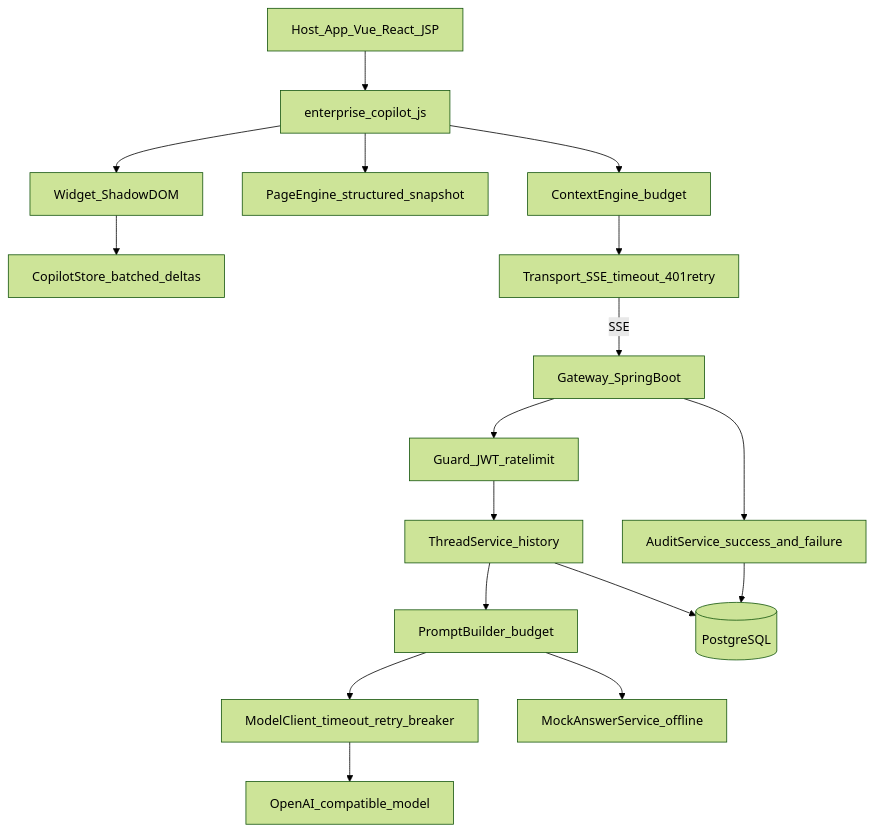
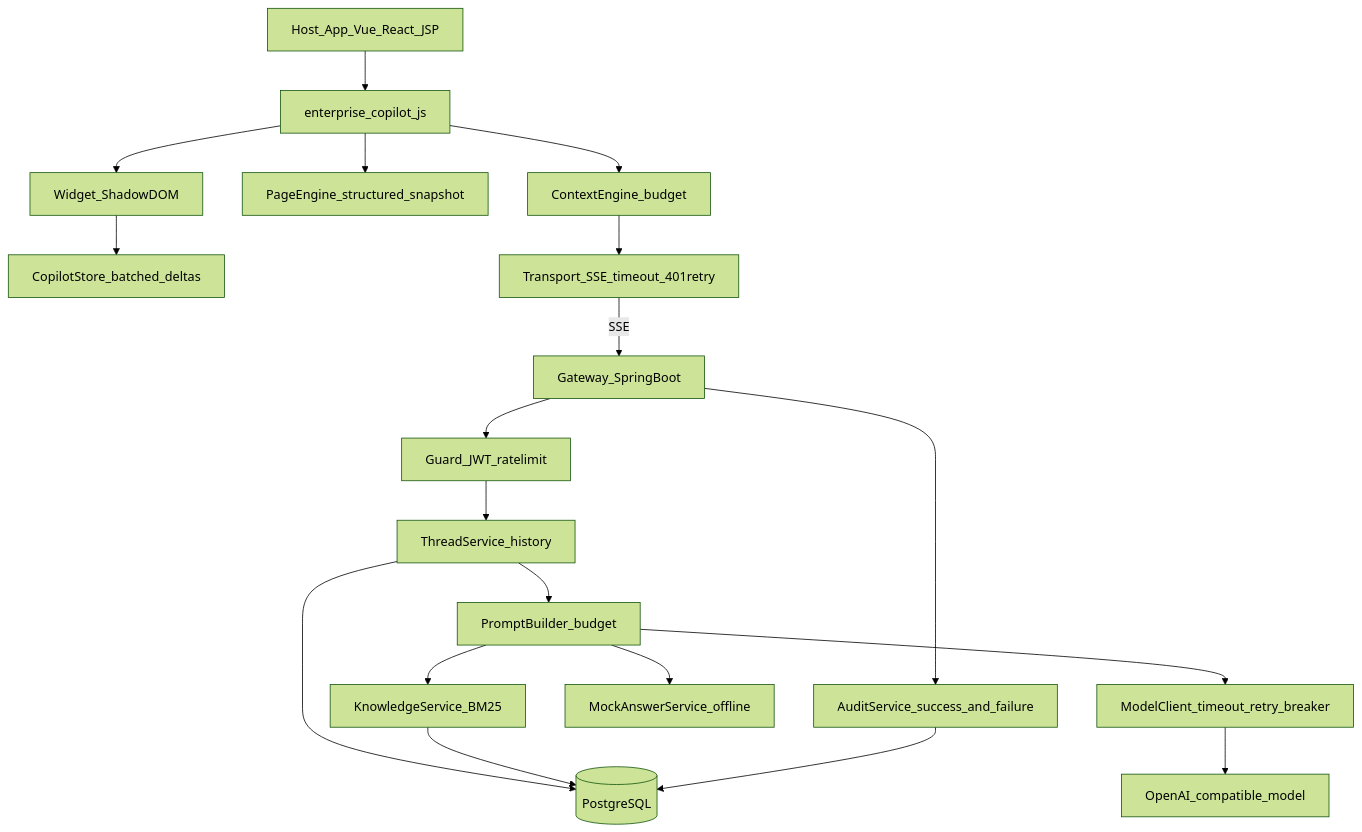
Before and after one commit to PlatonaBoy/PageCopilotKit: the first of 2 diagrams in docs/architecture.md, drawn with Mermaid (forest theme). The commit also changed other lines of this file and 50 other files, not shown here.

````diff
--- a/docs/architecture.md
+++ b/docs/architecture.md
@@ -29,37 +29,40 @@
 ```mermaid
 flowchart TB
   Host[Host_App_Vue_React_JSP]
   SDK[enterprise_copilot_js]
   Widget[Widget_ShadowDOM]
   Store[CopilotStore_batched_deltas]
   PageEng[PageEngine_structured_snapshot]
   Ctx[ContextEngine_budget]
   Trans[Transport_SSE_timeout_401retry]
 
   GW[Gateway_SpringBoot]
   Guard[Guard_JWT_ratelimit]
   Threads[ThreadService_history]
   Prompt[PromptBuilder_budget]
+  Knowledge[KnowledgeService_BM25]
   Model[ModelClient_timeout_retry_breaker]
   Mock[MockAnswerService_offline]
   Audit[AuditService_success_and_failure]
   DB[(PostgreSQL)]
   LLM[OpenAI_compatible_model]
 
   Host --> SDK
   SDK --> Widget
   Widget --> Store
   SDK --> PageEng
   SDK --> Ctx
   Ctx --> Trans
   Trans -->|SSE| GW
   GW --> Guard
   Guard --> Threads
   Threads --> Prompt
+  Prompt --> Knowledge
   Prompt --> Model
   Prompt --> Mock
   Model --> LLM
   GW --> Audit
   Threads --> DB
+  Knowledge --> DB
   Audit --> DB
 ```
````
